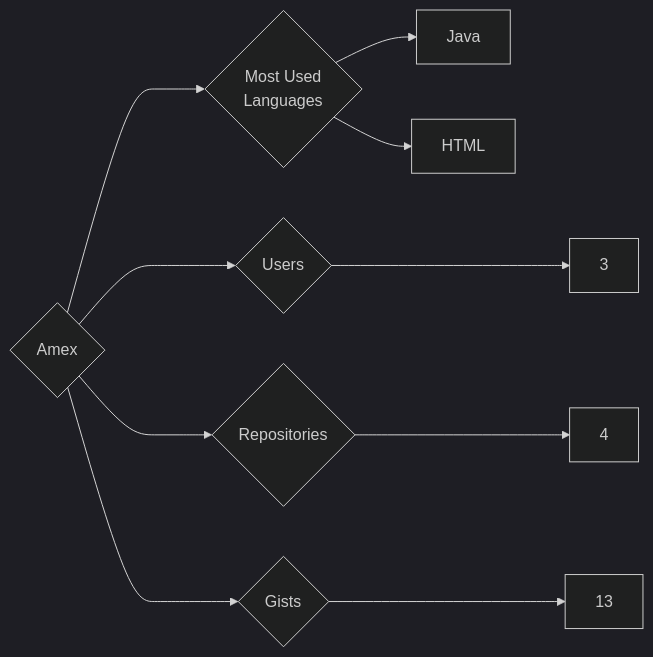
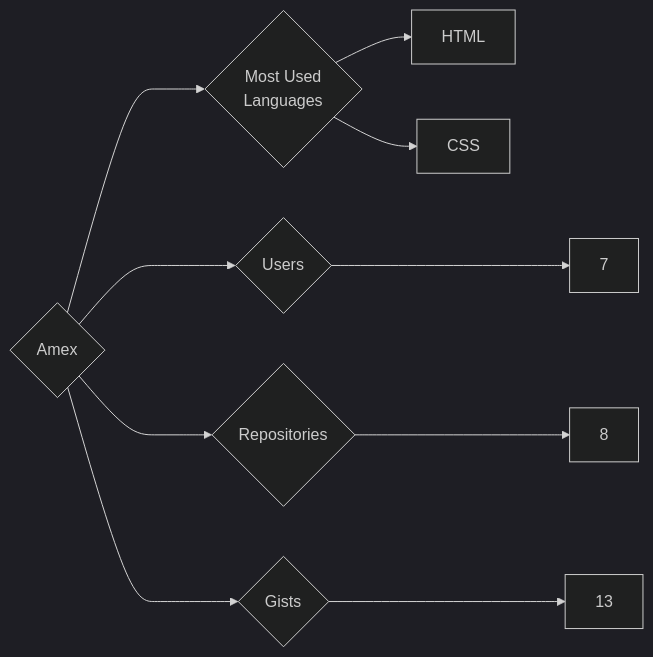
Before and after one commit to trickest/insiders: the diagram in targets/Amex/README.md, drawn with Mermaid (dark theme). The commit also changed 1148 other files, not shown here.

````diff
--- a/targets/Amex/README.md
+++ b/targets/Amex/README.md
@@ -3,10 +3,10 @@
 ```mermaid
 graph LR
 COMPANY_NAME{Amex}
-COMPANY_NAME ---> U{Users} ---> UN[3]
-COMPANY_NAME ---> R{Repositories} ---> RN[4]
+COMPANY_NAME ---> U{Users} ---> UN[7]
+COMPANY_NAME ---> R{Repositories} ---> RN[8]
 COMPANY_NAME ---> G{Gists} ---> GN[13]
 COMPANY_NAME ---> ML{Most Used<br>Languages}
-ML --> Java[Java]
 ML --> HTML[HTML]
+ML --> CSS[CSS]
 ```
````
